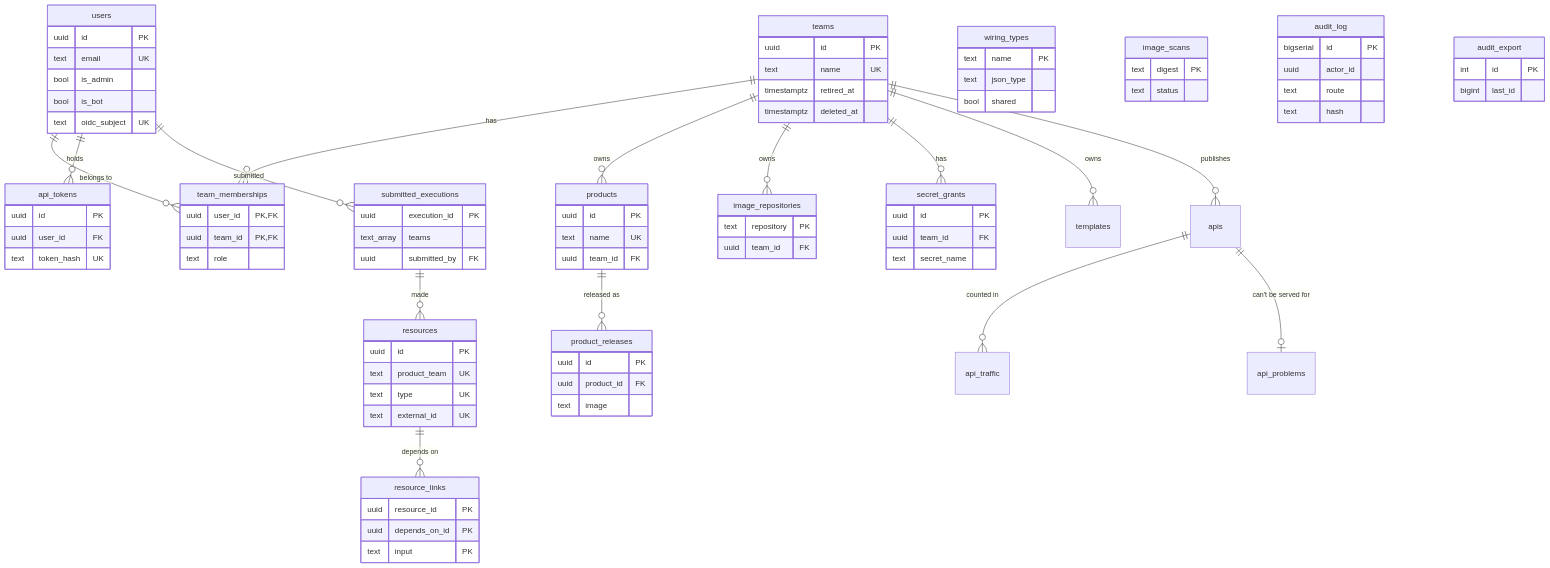
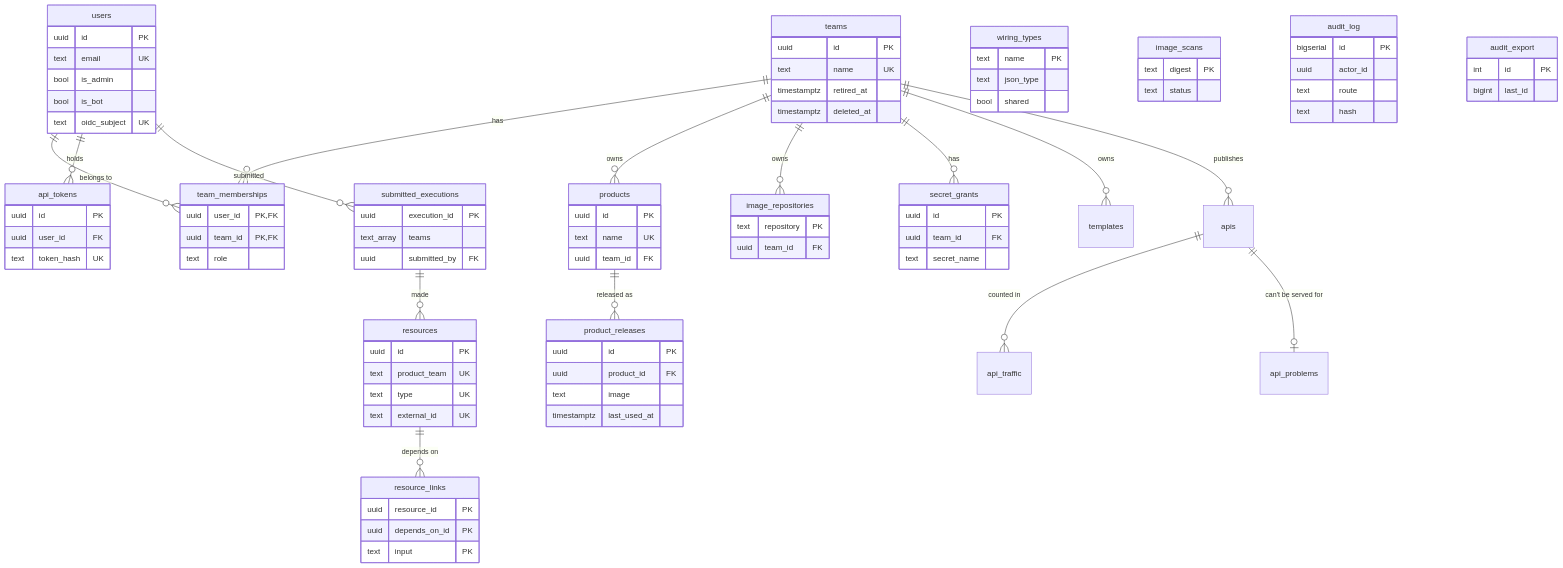
The third of 3 diagrams in console/docs/06-database-schemas.md (rburns629/vennir), drawn with Mermaid before and after one commit. The commit also changed other lines of this file and 38 other files, not shown here.

```diff
--- a/console/docs/06-database-schemas.md
+++ b/console/docs/06-database-schemas.md
@@ -239,6 +239,7 @@
     uuid id PK
     uuid product_id FK
     text image
+    timestamptz last_used_at
   }
   image_repositories {
     text repository PK
```
